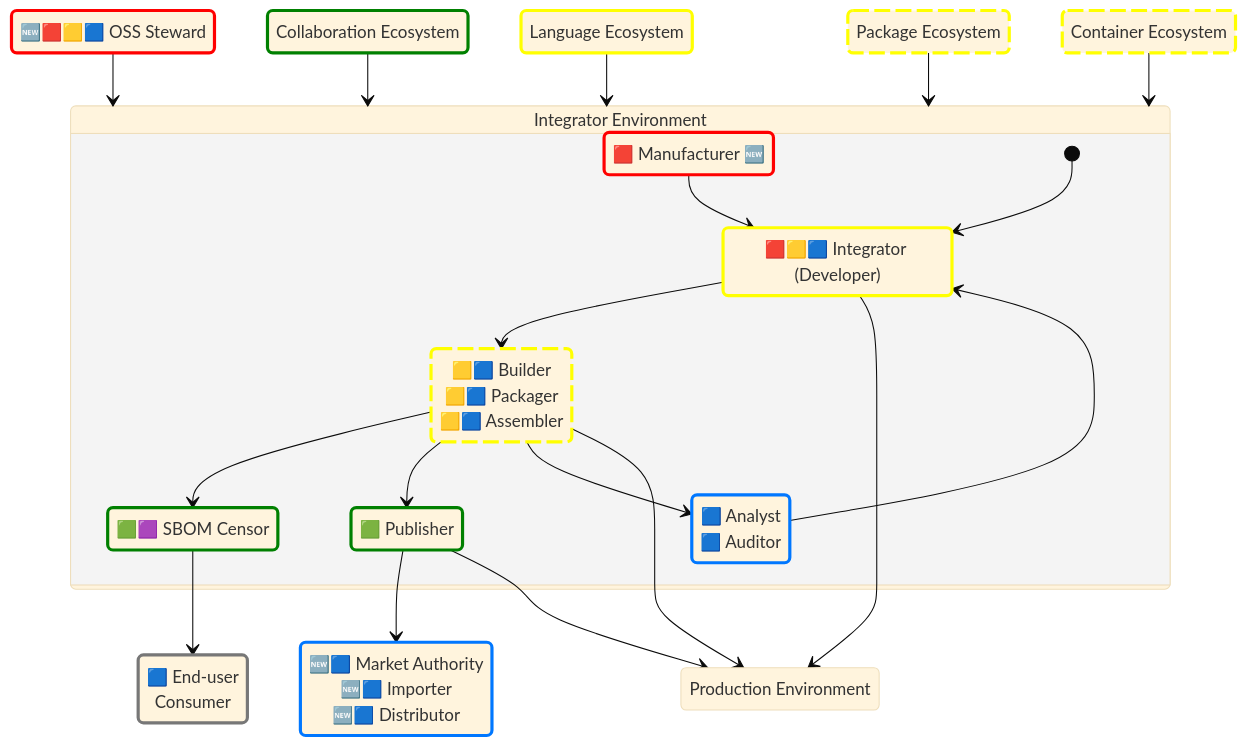
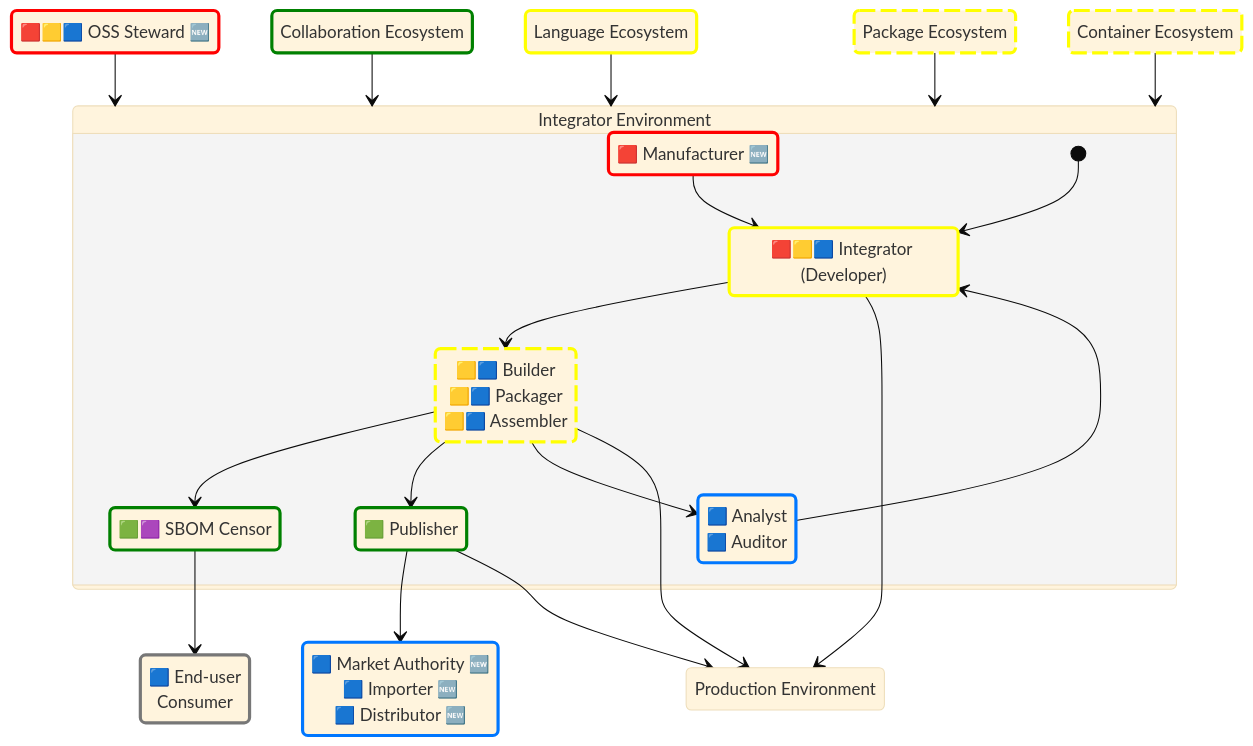
One commit to CPAN-Security/security.metacpan.org changed the fifth of 5 diagrams in docs/supplychain-sbom.md. Above: the diagram before and after it, drawn with Mermaid (base theme). The commit also changed other lines of this file, not shown here.

````diff
--- a/docs/supplychain-sbom.md
+++ b/docs/supplychain-sbom.md
@@ -919,7 +927,7 @@
 ```mermaid
 stateDiagram-v2
     direction TB
-    accTitle: An Idealized Open Source Supply-chain Graph
+    accTitle: An Idealized Open Source supply-chain Graph
     %%accDescr: This graph illustrates how different types of development environments and ecosystems interconnect, what kind of roles you may find in these, and what type of metadata operations they may care to do
 
     %% Role activities
@@ -932,7 +940,7 @@
     classDef ignoresSBOM stroke:#777,stroke-width:3px;
 
     %%
-    state "🆕🟥🟨🟦 OSS Steward" as language_steward
+    state "🟥🟨🟦 OSS Steward 🆕" as language_steward
     %%
     class language_steward createsSBOM
 
@@ -987,7 +995,7 @@
     class external_consumer ignoresSBOM
 
     %% Market Authorities
-    state "🆕🟦 Market Authority<br>🆕🟦 Importer<br>🆕🟦 Distributor" as authority_auditor
+    state "🟦 Market Authority 🆕<br>🟦 Importer 🆕<br>🟦 Distributor 🆕" as authority_auditor
     %%
     class authority_attester createsSBOM
     class authority_auditor verifiesSBOM
````
